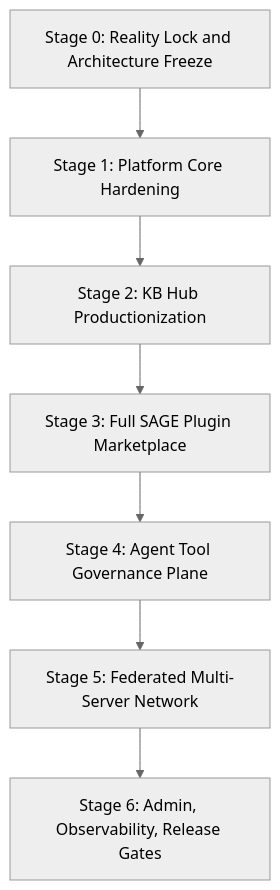
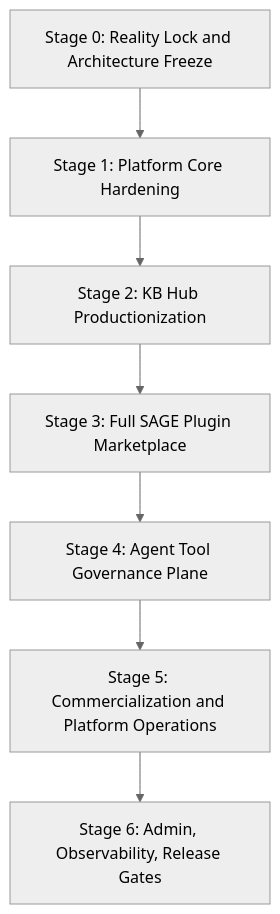
The diagram in docs/platform-roadmap.md (duanshiwen/agent-os-backend), drawn with Mermaid (neutral theme) before and after one commit. The commit also changed other lines of this file and 12 other files, not shown here.

````diff
--- a/docs/platform-roadmap.md
+++ b/docs/platform-roadmap.md
@@ -55,9 +55,9 @@
 ```mermaid
 graph TD
     S0[Stage 0: Reality Lock and Architecture Freeze] --> S1[Stage 1: Platform Core Hardening]
     S1 --> S2[Stage 2: KB Hub Productionization]
     S2 --> S3[Stage 3: Full SAGE Plugin Marketplace]
     S3 --> S4[Stage 4: Agent Tool Governance Plane]
-    S4 --> S5[Stage 5: Federated Multi-Server Network]
+    S4 --> S5[Stage 5: Commercialization and Platform Operations]
     S5 --> S6[Stage 6: Admin, Observability, Release Gates]
 ```
````
